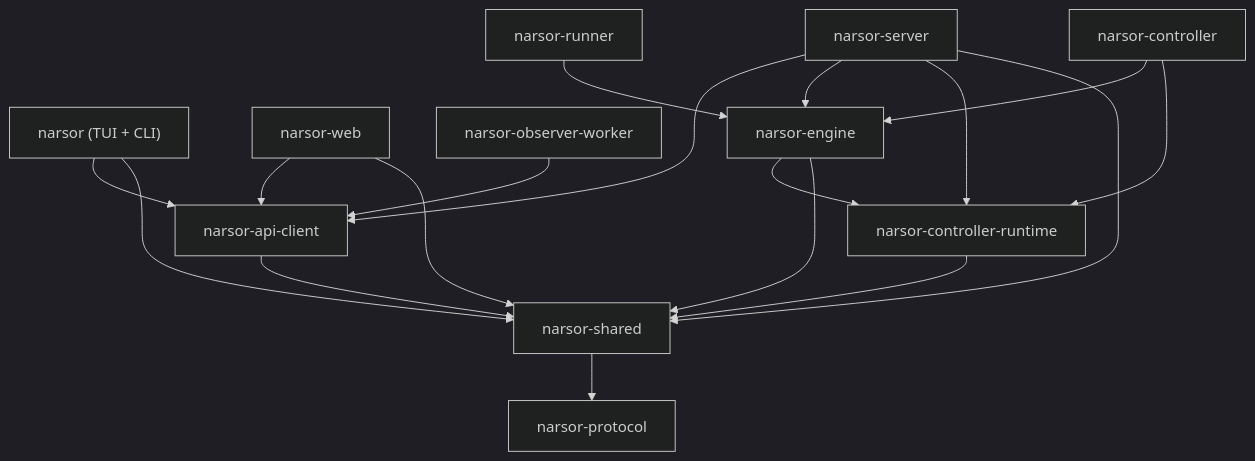
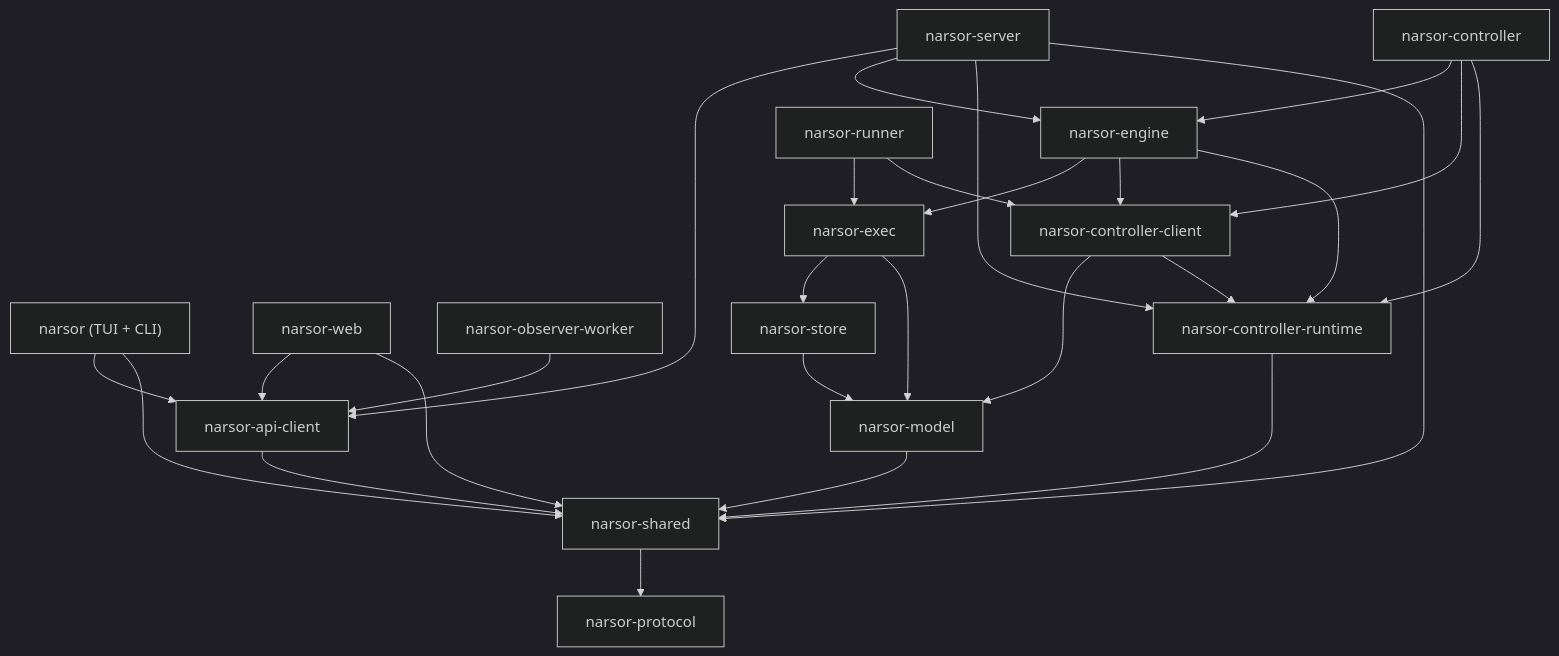
One commit to glakartur/narsor changed the first of 2 diagrams in docs/dev/components.md. Above: the diagram before and after it, drawn with Mermaid (dark theme). The commit also changed other lines of this file and 287 other files, not shown here.

````diff
--- a/docs/dev/components.md
+++ b/docs/dev/components.md
@@ -29,20 +33,29 @@
 ```mermaid
 graph TD
   narsor["narsor (TUI + CLI)"] --> api[narsor-api-client]
   web[narsor-web] --> api
   obs[narsor-observer-worker] --> api
   server[narsor-server] --> api
   server --> engine[narsor-engine]
   server --> cr[narsor-controller-runtime]
-  runner[narsor-runner] --> engine
+  runner[narsor-runner] --> exec[narsor-exec]
+  runner --> cc[narsor-controller-client]
   ctrl[narsor-controller] --> engine
+  ctrl --> cc
   ctrl --> cr
+  engine --> exec
+  engine --> cc
   engine --> cr
-  engine --> shared[narsor-shared]
+  exec --> store[narsor-store]
+  exec --> model[narsor-model]
+  store --> model
+  cc --> model
+  cc --> cr
+  model --> shared[narsor-shared]
   api --> shared
   cr --> shared
   web --> shared
   narsor --> shared
   server --> shared
   shared --> protocol[narsor-protocol]
 ```
````
